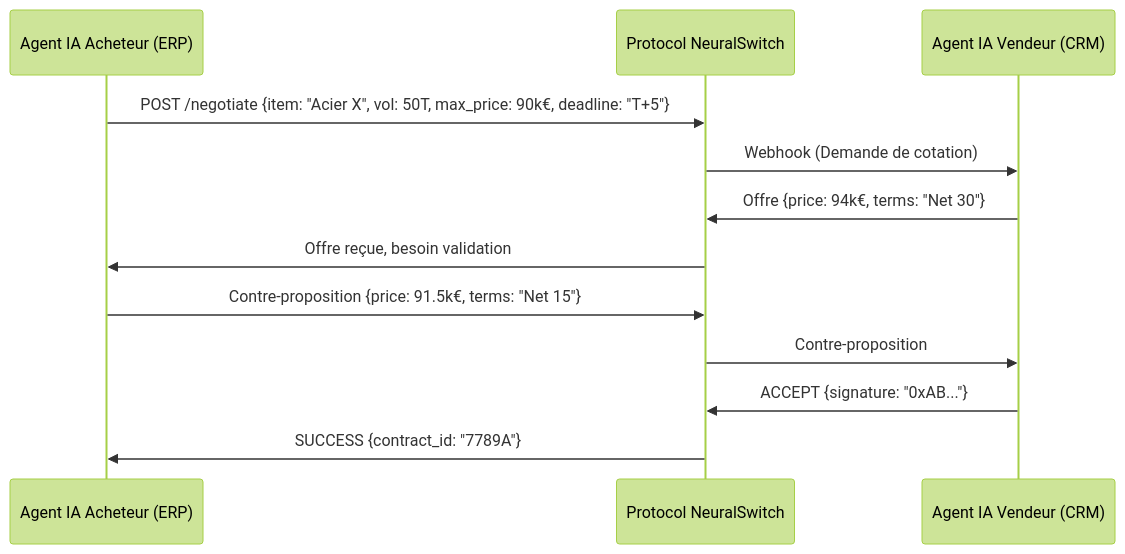
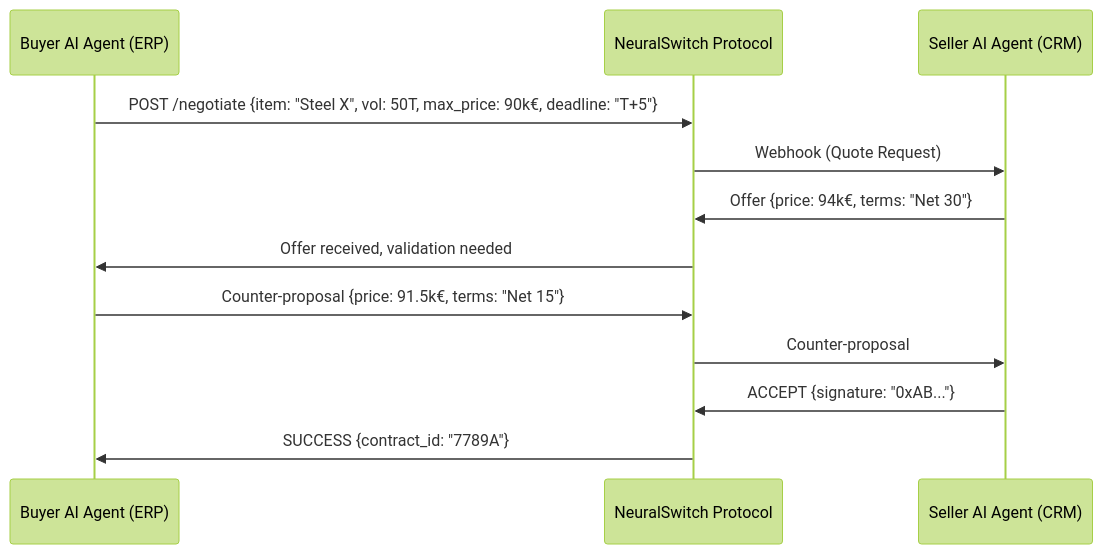
The second of 2 diagrams in ideas/neuralswitch/README.md (flouzzy/top-100-ai-startup-ideas), drawn with Mermaid (forest theme) before and after one commit. The commit also changed other lines of this file and 21 other files, not shown here.

````diff
--- a/ideas/neuralswitch/README.md
+++ b/ideas/neuralswitch/README.md
@@ -46,16 +48,16 @@
 ```mermaid
 sequenceDiagram
-    %% Schéma de séquence ou d'interaction entre l'utilisateur, l'IA et le système
-    participant ERP_Acheteur as Agent IA Acheteur (ERP)
-    participant Mesh as Protocol NeuralSwitch
-    participant CRM_Vendeur as Agent IA Vendeur (CRM)
+    %% Sequence or interaction diagram between user, AI, and system
+    participant ERP_Buyer as Buyer AI Agent (ERP)
+    participant Mesh as NeuralSwitch Protocol
+    participant CRM_Seller as Seller AI Agent (CRM)
 
-    ERP_Acheteur->>Mesh: POST /negotiate {item: "Acier X", vol: 50T, max_price: 90k€, deadline: "T+5"}
-    Mesh->>CRM_Vendeur: Webhook (Demande de cotation)
-    CRM_Vendeur->>Mesh: Offre {price: 94k€, terms: "Net 30"}
-    Mesh->>ERP_Acheteur: Offre reçue, besoin validation
-    ERP_Acheteur->>Mesh: Contre-proposition {price: 91.5k€, terms: "Net 15"}
-    Mesh->>CRM_Vendeur: Contre-proposition
-    CRM_Vendeur->>Mesh: ACCEPT {signature: "0xAB..."}
-    Mesh->>ERP_Acheteur: SUCCESS {contract_id: "7789A"}
+    ERP_Buyer->>Mesh: POST /negotiate {item: "Steel X", vol: 50T, max_price: 90k€, deadline: "T+5"}
+    Mesh->>CRM_Seller: Webhook (Quote Request)
+    CRM_Seller->>Mesh: Offer {price: 94k€, terms: "Net 30"}
+    Mesh->>ERP_Buyer: Offer received, validation needed
+    ERP_Buyer->>Mesh: Counter-proposal {price: 91.5k€, terms: "Net 15"}
+    Mesh->>CRM_Seller: Counter-proposal
+    CRM_Seller->>Mesh: ACCEPT {signature: "0xAB..."}
+    Mesh->>ERP_Buyer: SUCCESS {contract_id: "7789A"}
 ```
````
